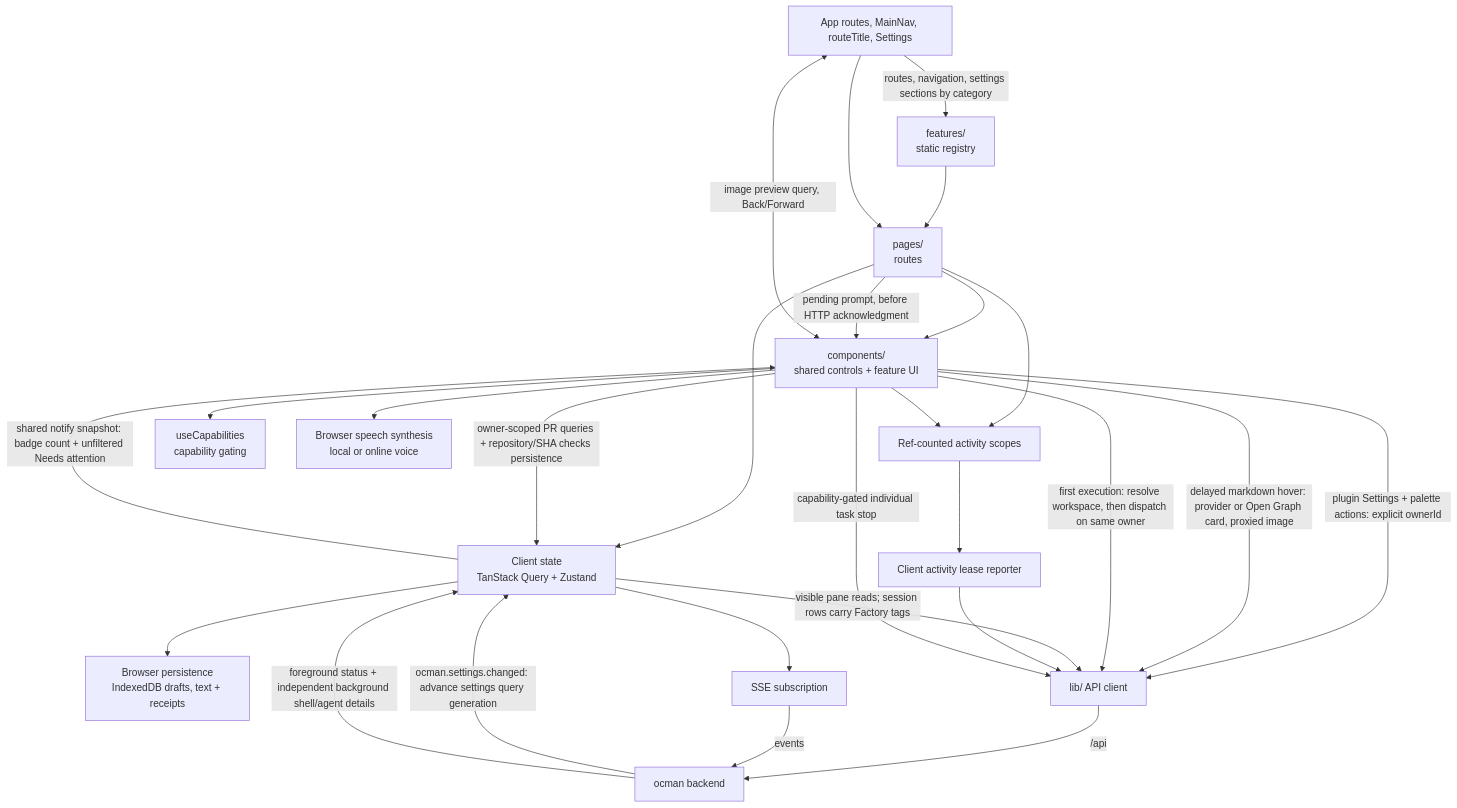
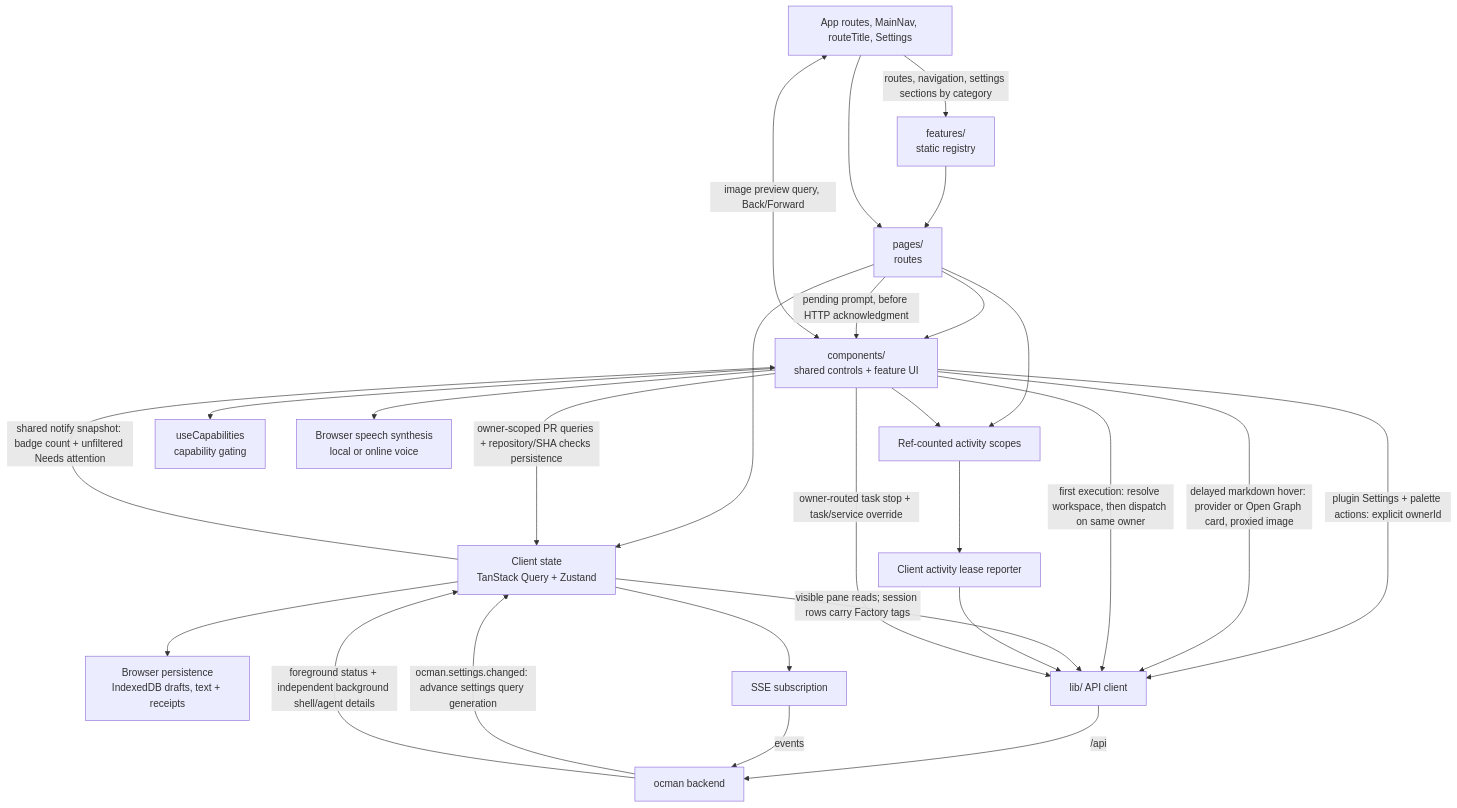
Diagram 14 of 17 in docs/other/architecture.md (ocman/ocman), drawn with Mermaid before and after one commit. The commit also changed other lines of this file and 63 other files, not shown here.

````diff
--- a/docs/other/architecture.md
+++ b/docs/other/architecture.md
@@ -1806,29 +1806,29 @@
 ```mermaid
 flowchart TD
     Shell[App routes, MainNav, routeTitle, Settings] -->|routes, navigation, settings sections by category| Features[features/<br/>static registry]
     Features --> Pages
     Shell --> Pages
     Pages[pages/<br/>routes] --> Comp[components/<br/>shared controls + feature UI]
     Pages --> Stores[Client state<br/>TanStack Query + Zustand]
     Pages -->|pending prompt, before HTTP acknowledgment| Comp
     Stores --> Persistence[Browser persistence<br/>IndexedDB drafts, text + receipts]
     Comp -->|owner-scoped PR queries + repository/SHA checks persistence| Stores
     Comp -->|plugin Settings + palette actions: explicit ownerId| API
     Comp -->|delayed markdown hover: provider or Open Graph card, proxied image| API
     Comp -->|first execution: resolve workspace, then dispatch on same owner| API
     Stores -->|visible pane reads; session rows carry Factory tags| API[lib/ API client]
     Stores --> SSE[SSE subscription]
     Stores -->|shared notify snapshot: badge count + unfiltered Needs attention| Comp
     Pages --> Scopes[Ref-counted activity scopes]
     Comp --> Scopes
     Scopes --> Reporter[Client activity lease reporter]
     Reporter --> API
     API -->|/api| Hub[ocman backend]
     SSE -->|events| Hub
     Hub -->|ocman.settings.changed: advance settings query generation| Stores
     Hub -->|foreground status + independent background shell/agent details| Stores
-    Comp -->|capability-gated individual task stop| API
+    Comp -->|owner-routed task stop + task/service override| API
     Comp --> Caps[useCapabilities<br/>capability gating]
     Comp --> Speech[Browser speech synthesis<br/>local or online voice]
     Comp <-->|image preview query, Back/Forward| Shell
 ```
````
